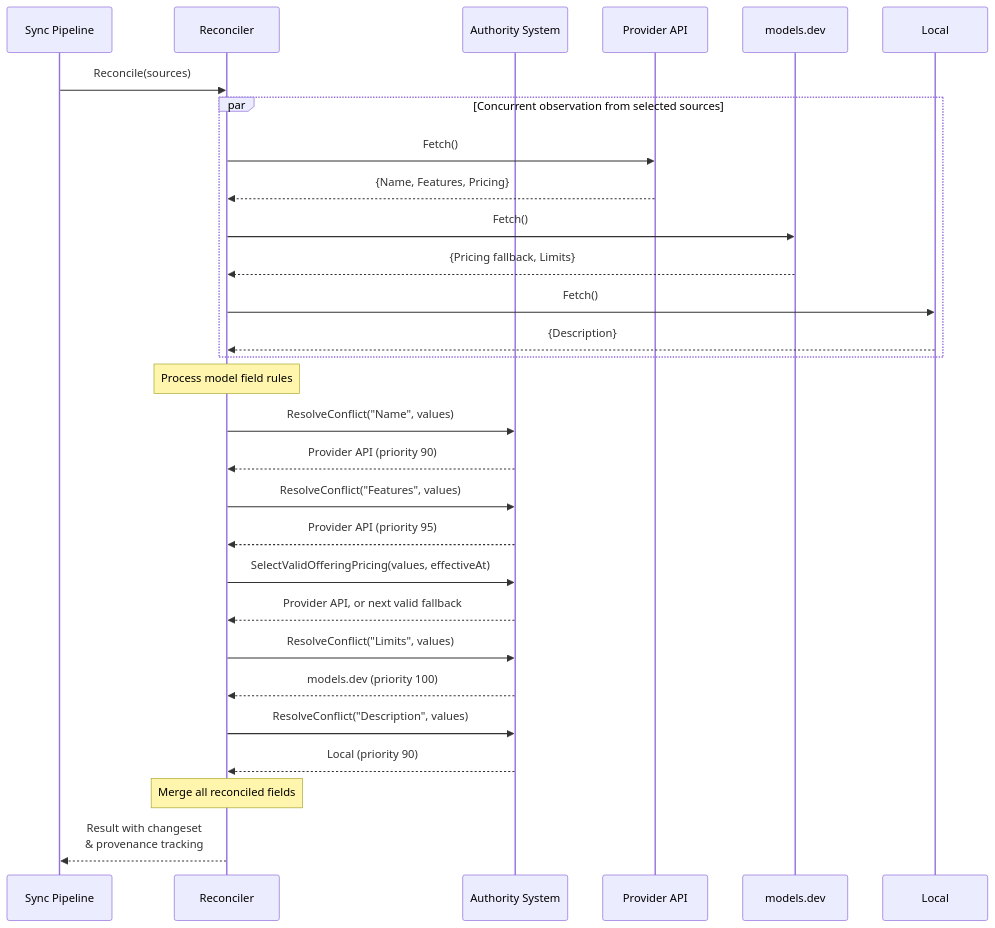
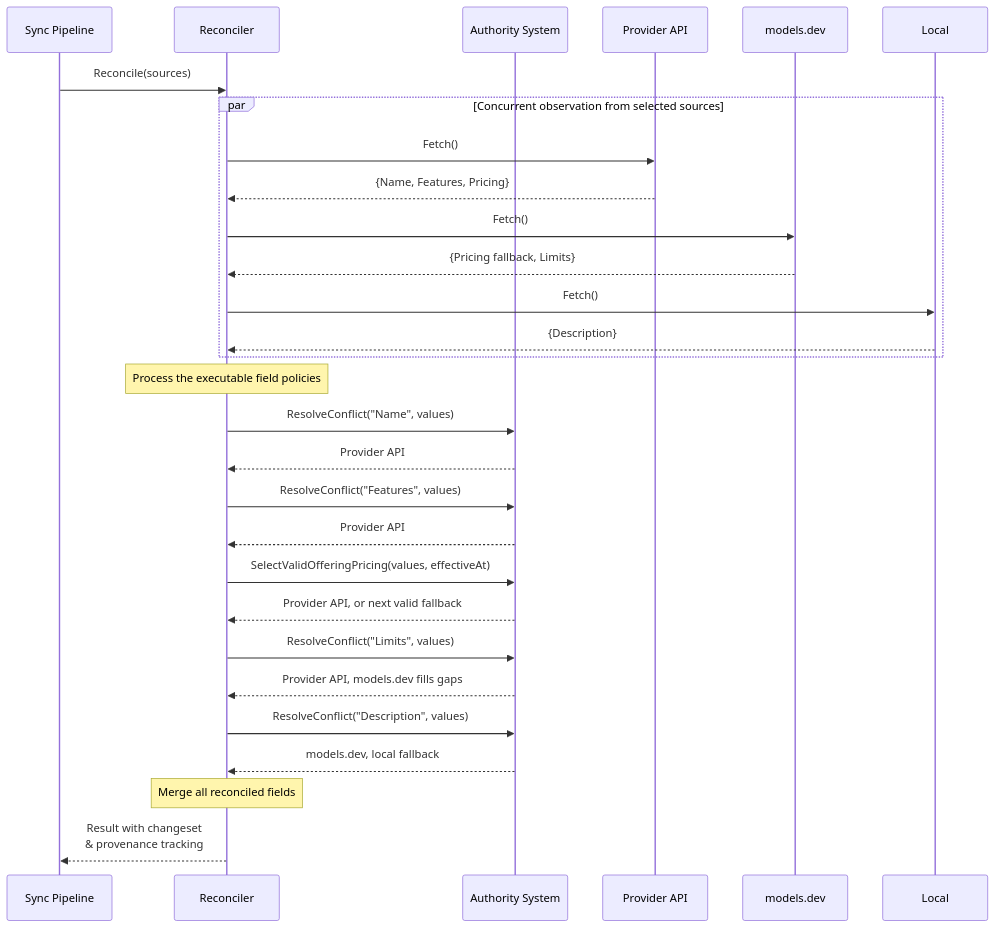
One commit to agentstation/starmap changed the sixth of 8 diagrams in docs/ARCHITECTURE.md. Above: the diagram before and after it, drawn with Mermaid. The commit also changed other lines of this file and 113 other files, not shown here.

````diff
--- a/docs/ARCHITECTURE.md
+++ b/docs/ARCHITECTURE.md
@@ -1292,41 +1350,41 @@
 ```mermaid
 sequenceDiagram
     participant Sync as Sync Pipeline
     participant Rec as Reconciler
     participant Auth as Authority System
     participant P as Provider API
     participant M as models.dev
     participant L as Local
 
     Sync->>Rec: Reconcile(sources)
 
     par Concurrent observation from selected sources
         Rec->>P: Fetch()
         P-->>Rec: {Name, Features, Pricing}
         Rec->>M: Fetch()
         M-->>Rec: {Pricing fallback, Limits}
         Rec->>L: Fetch()
         L-->>Rec: {Description}
     end
 
-    Note over Rec: Process model field rules
+    Note over Rec: Process the executable field policies
 
     Rec->>Auth: ResolveConflict("Name", values)
-    Auth-->>Rec: Provider API (priority 90)
+    Auth-->>Rec: Provider API
 
     Rec->>Auth: ResolveConflict("Features", values)
-    Auth-->>Rec: Provider API (priority 95)
+    Auth-->>Rec: Provider API
 
     Rec->>Auth: SelectValidOfferingPricing(values, effectiveAt)
     Auth-->>Rec: Provider API, or next valid fallback
 
     Rec->>Auth: ResolveConflict("Limits", values)
-    Auth-->>Rec: models.dev (priority 100)
+    Auth-->>Rec: Provider API, models.dev fills gaps
 
     Rec->>Auth: ResolveConflict("Description", values)
-    Auth-->>Rec: Local (priority 90)
+    Auth-->>Rec: models.dev, local fallback
 
     Note over Rec: Merge all reconciled fields
 
     Rec-->>Sync: Result with changeset<br/>& provenance tracking
 ```
````
